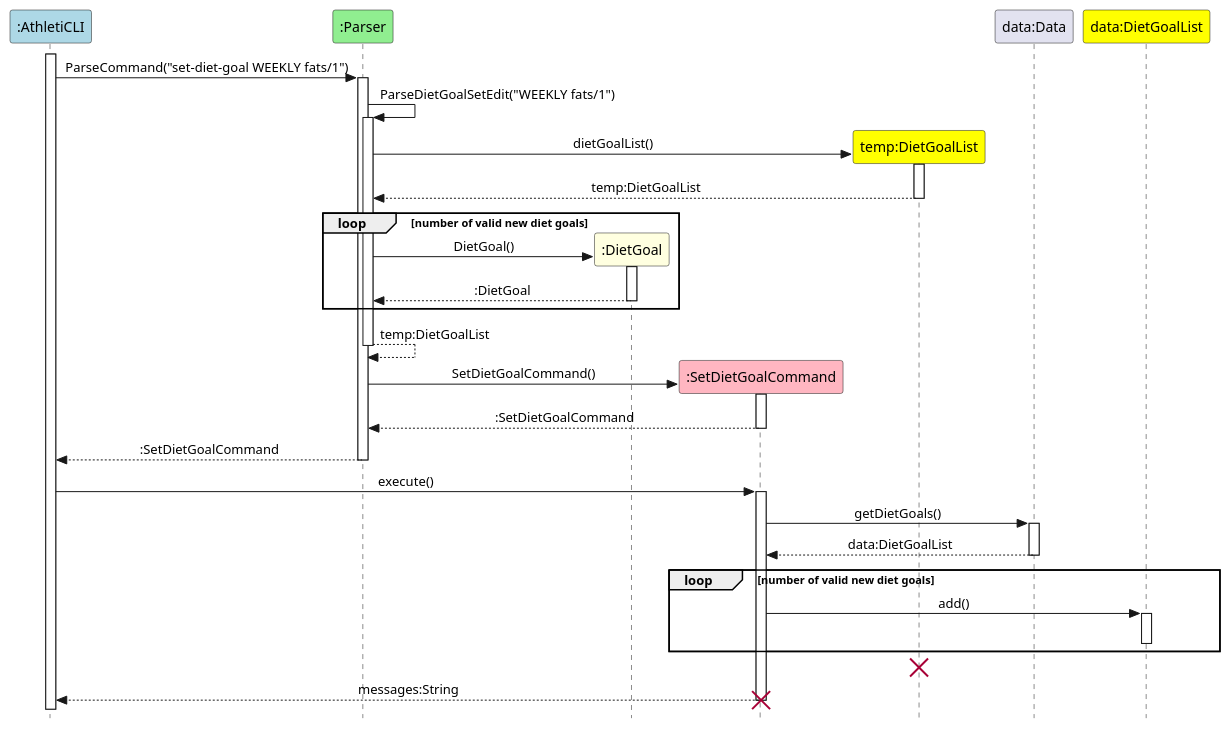
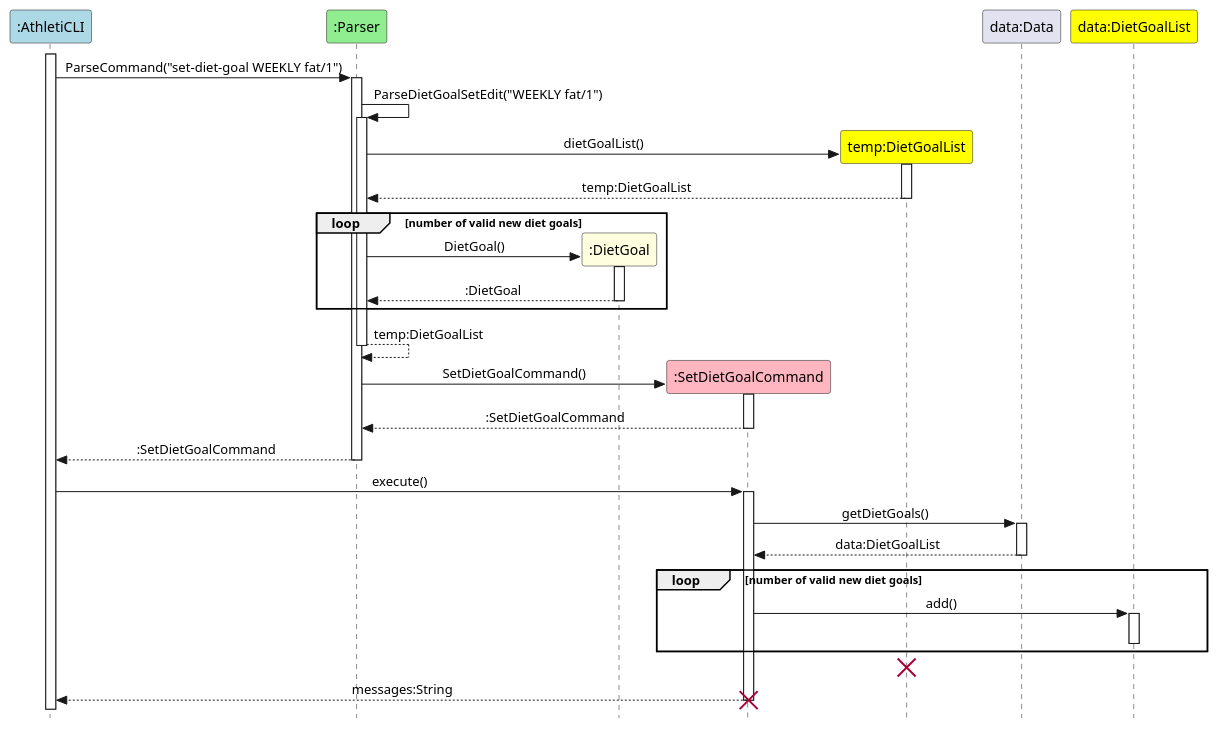
The diagram in docs/puml/Diet/DietGoalsSequenceDiagram.puml (AY2324S1-CS2113-T17-1/tp), drawn with PlantUML before and after one commit. The commit also changed 19 other files, not shown here.

Commit message:
Change all fats to fat

```diff
--- a/docs/puml/Diet/DietGoalsSequenceDiagram.puml
+++ b/docs/puml/Diet/DietGoalsSequenceDiagram.puml
@@ -1,50 +1,50 @@
 @startuml
 'https://plantuml.com/sequence-diagram
 skinparam Style strictuml
 skinparam SequenceMessageAlignment center
 participant ":AthletiCLI" as AthletiCLI #lightblue
 participant ":Parser" as Parser #lightgreen
 participant ":DietGoal" as dietGoal #lightyellow
 participant ":SetDietGoalCommand" as SetDietGoalCommand #lightpink
 participant "temp:DietGoalList" as tempDietGoalList #yellow
 participant "data:Data" as dataData
 participant "data:DietGoalList" as dataDietGoalList #yellow
 
 
 'autonumber
 AthletiCLI++
-AthletiCLI -> Parser++ : ParseCommand("set-diet-goal WEEKLY fats/1")
-Parser -> Parser++ : ParseDietGoalSetEdit("WEEKLY fats/1")
+AthletiCLI -> Parser++ : ParseCommand("set-diet-goal WEEKLY fat/1")
+Parser -> Parser++ : ParseDietGoalSetEdit("WEEKLY fat/1")
 create tempDietGoalList
 Parser -> tempDietGoalList++ : dietGoalList()
 tempDietGoalList --> Parser-- : temp:DietGoalList
 
     loop number of valid new diet goals
     create dietGoal
     Parser -> dietGoal++ : DietGoal()
     dietGoal --> Parser-- : :DietGoal
     end
 
 Parser --> Parser-- : temp:DietGoalList
 create SetDietGoalCommand
 Parser -> SetDietGoalCommand++ : SetDietGoalCommand()
 SetDietGoalCommand --> Parser-- : :SetDietGoalCommand
 Parser --> AthletiCLI-- : :SetDietGoalCommand
 AthletiCLI -> SetDietGoalCommand++ : execute()
 SetDietGoalCommand -> dataData++ : getDietGoals()
 dataData --> SetDietGoalCommand-- : data:DietGoalList
 
     loop number of valid new diet goals
     SetDietGoalCommand -> dataDietGoalList++ : add()
 
    dataDietGoalList --
 
 
     end
 
 destroy tempDietGoalList
 SetDietGoalCommand --> AthletiCLI-- : messages:String
 
 destroy SetDietGoalCommand
 
 @enduml
```
